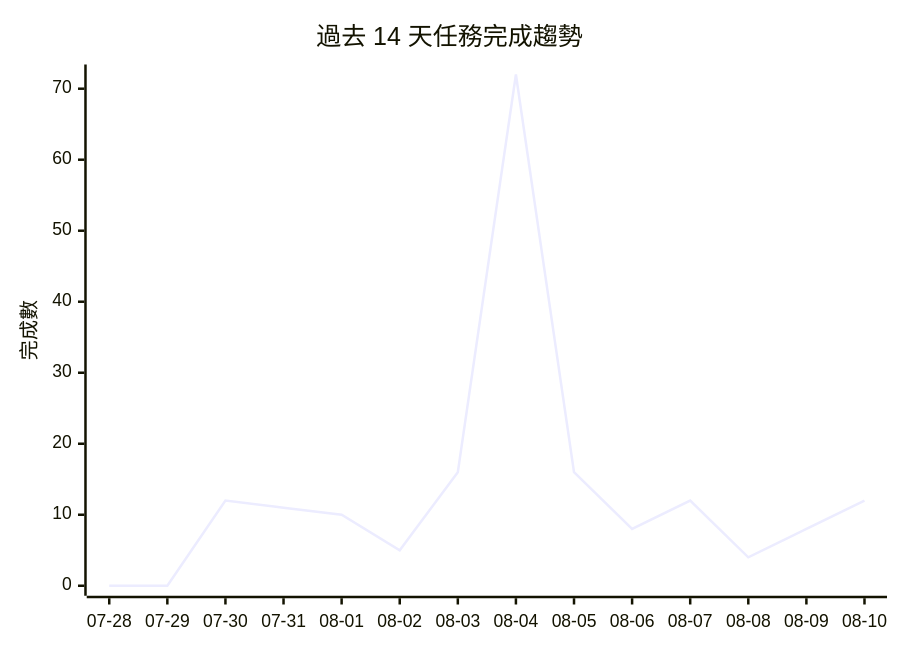
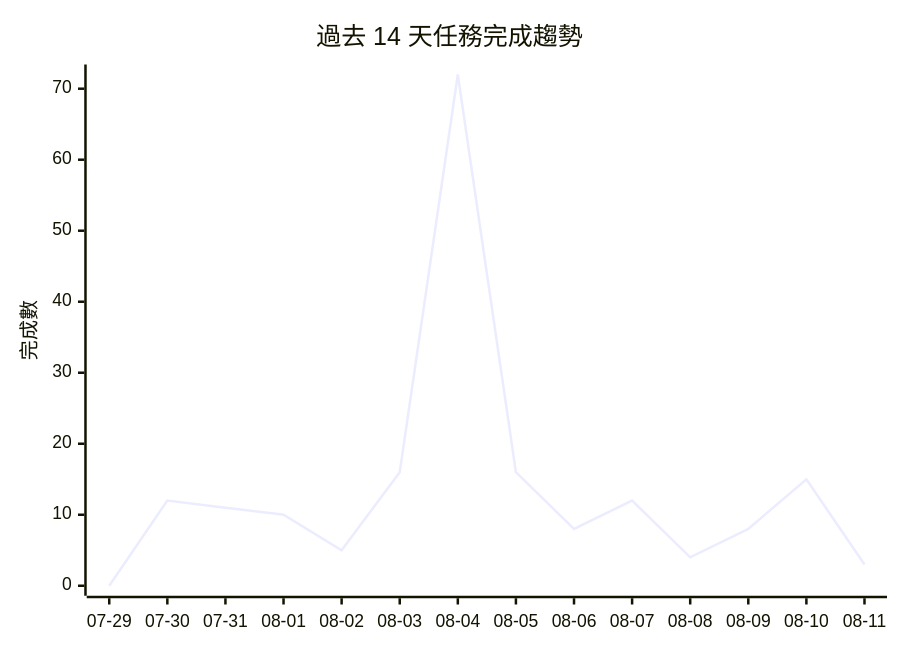
The diagram in PROJECTS.md (gentoobreaking/ai-tasks), drawn with Mermaid before and after one commit. The commit also changed other lines of this file and 71 other files, not shown here.

````diff
--- a/PROJECTS.md
+++ b/PROJECTS.md
@@ -156,7 +167,7 @@
 ```mermaid
 xychart-beta
     title "過去 14 天任務完成趨勢"
-    x-axis ["07-28", "07-29", "07-30", "07-31", "08-01", "08-02", "08-03", "08-04", "08-05", "08-06", "08-07", "08-08", "08-09", "08-10"]
+    x-axis ["07-29", "07-30", "07-31", "08-01", "08-02", "08-03", "08-04", "08-05", "08-06", "08-07", "08-08", "08-09", "08-10", "08-11"]
     y-axis "完成數" 0 --> 72
-    line [0, 0, 12, 11, 10, 5, 16, 72, 16, 8, 12, 4, 8, 12]
+    line [0, 12, 11, 10, 5, 16, 72, 16, 8, 12, 4, 8, 15, 3]
 ```
````
